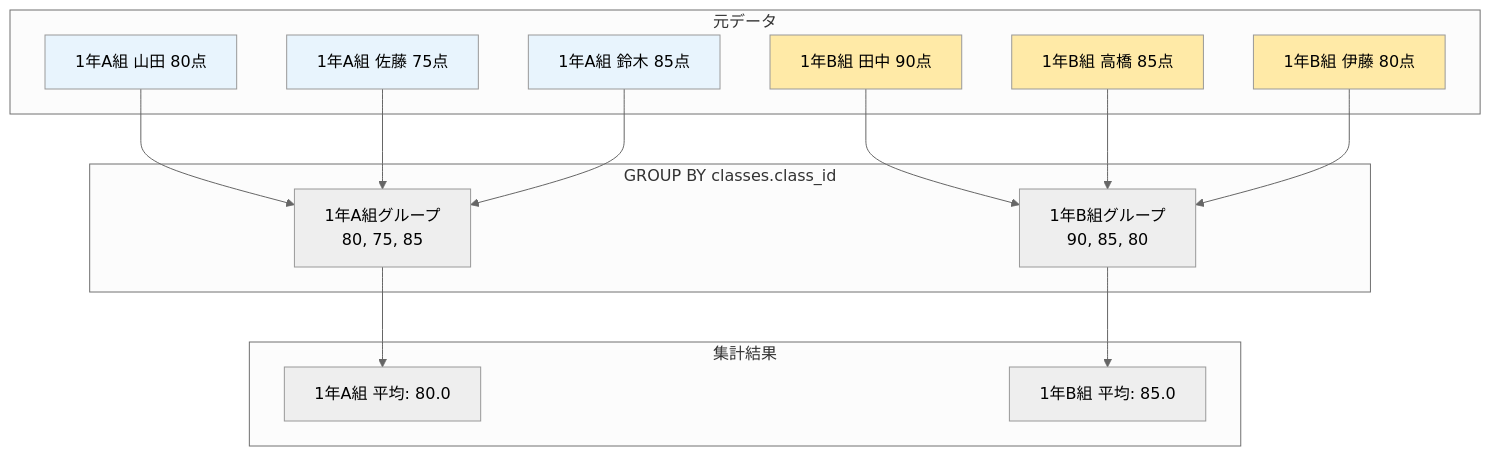
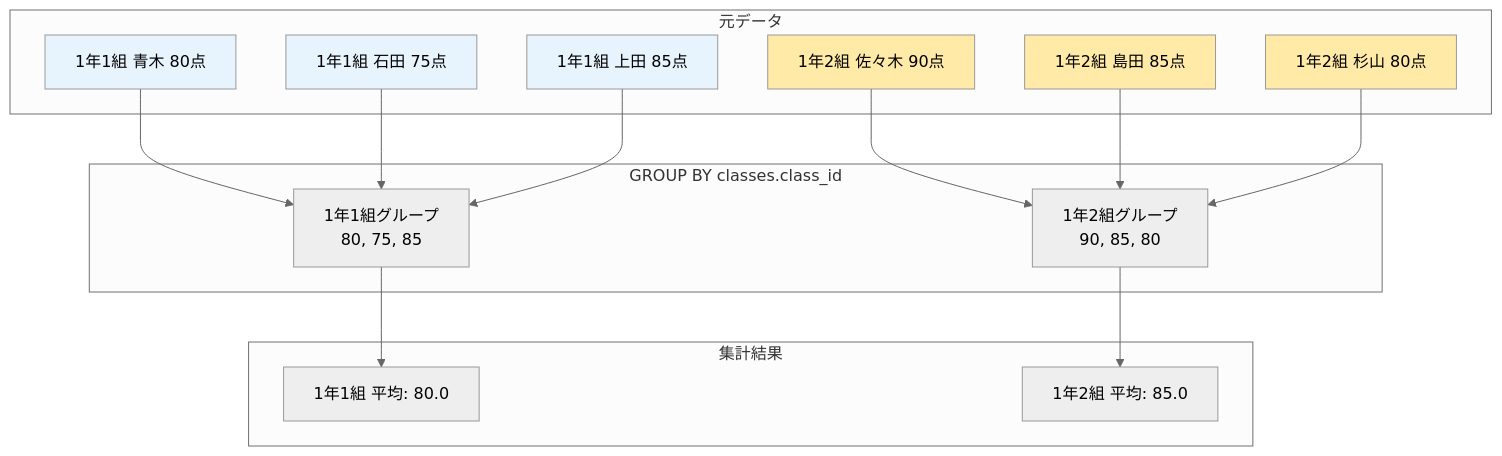
One commit to tokibito/techramen-2025-workshop changed the first of 2 diagrams in docs/source/04-groupby.rst. Above: the diagram before and after it, drawn with Mermaid (neutral theme). The commit also changed other lines of this file and 3 other files, not shown here.

```diff
--- a/docs/source/04-groupby.rst
+++ b/docs/source/04-groupby.rst
@@ -49,38 +49,38 @@
 .. mermaid::
 
    graph TD
        subgraph "元データ"
-           D1[1年A組 山田 80点]
-           D2[1年A組 佐藤 75点]
-           D3[1年A組 鈴木 85点]
-           D4[1年B組 田中 90点]
-           D5[1年B組 高橋 85点]
-           D6[1年B組 伊藤 80点]
+           D1[1年1組 青木 80点]
+           D2[1年1組 石田 75点]
+           D3[1年1組 上田 85点]
+           D4[1年2組 佐々木 90点]
+           D5[1年2組 島田 85点]
+           D6[1年2組 杉山 80点]
        end
        
        subgraph "GROUP BY classes.class_id"
-           G1[1年A組グループ<br/>80, 75, 85]
-           G2[1年B組グループ<br/>90, 85, 80]
+           G1[1年1組グループ<br/>80, 75, 85]
+           G2[1年2組グループ<br/>90, 85, 80]
        end
        
        subgraph "集計結果"
-           R1[1年A組 平均: 80.0]
-           R2[1年B組 平均: 85.0]
+           R1[1年1組 平均: 80.0]
+           R2[1年2組 平均: 85.0]
        end
        
        D1 --> G1
        D2 --> G1
        D3 --> G1
        D4 --> G2
        D5 --> G2
        D6 --> G2
        
        G1 --> R1
        G2 --> R2
        
        style D1 fill:#e8f4fd
        style D2 fill:#e8f4fd
        style D3 fill:#e8f4fd
        style D4 fill:#ffeaa7
        style D5 fill:#ffeaa7
        style D6 fill:#ffeaa7
```
